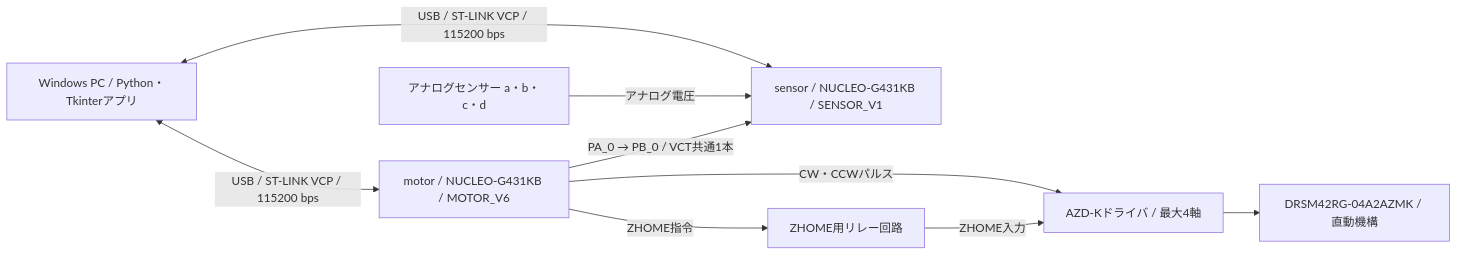
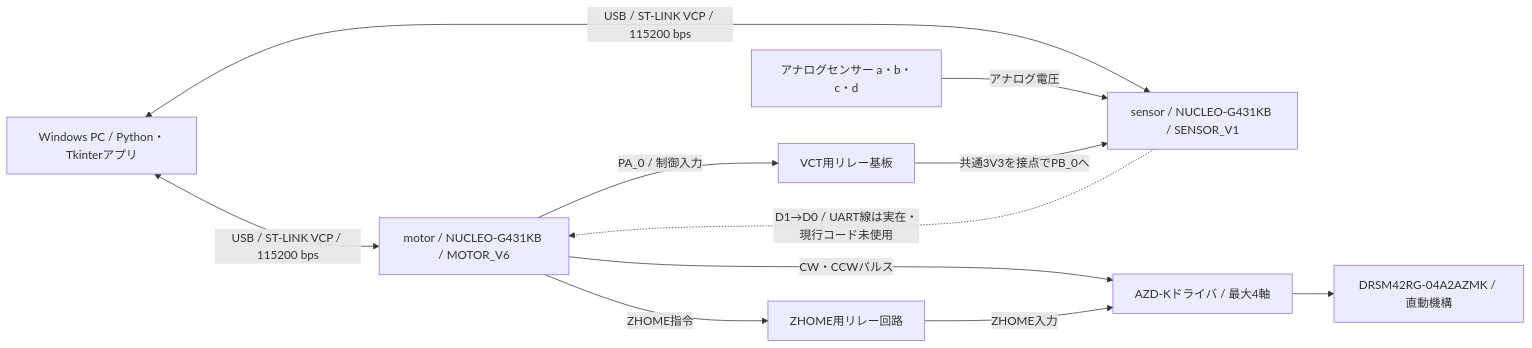
Before and after one commit to limonen-robot/SuperMEXE02: the diagram in docs/SYSTEM_SPEC.md, drawn with Mermaid. The commit also changed other lines of this file and 11 other files, not shown here.

````diff
--- a/docs/SYSTEM_SPEC.md
+++ b/docs/SYSTEM_SPEC.md
@@ -18,18 +18,21 @@
 ```mermaid
 flowchart LR
     PC["Windows PC / Python・Tkinterアプリ"]
     M["motor / NUCLEO-G431KB / MOTOR_V6"]
     S["sensor / NUCLEO-G431KB / SENSOR_V1"]
     D["AZD-Kドライバ / 最大4軸"]
     A["DRSM42RG-04A2AZMK / 直動機構"]
     R["ZHOME用リレー回路"]
     I["アナログセンサー a・b・c・d"]
     PC <-->|"USB / ST-LINK VCP / 115200 bps"| M
     PC <-->|"USB / ST-LINK VCP / 115200 bps"| S
     M -->|"CW・CCWパルス"| D
     M -->|"ZHOME指令"| R
     R -->|"ZHOME入力"| D
     D --> A
     I -->|"アナログ電圧"| S
-    M -->|"PA_0 → PB_0 / VCT共通1本"| S
+    VR["VCT用リレー基板"]
+    M -->|"PA_0 / 制御入力"| VR
+    VR -->|"共通3V3を接点でPB_0へ"| S
+    S -.->|"D1→D0 / UART線は実在・現行コード未使用"| M
 ```
````
